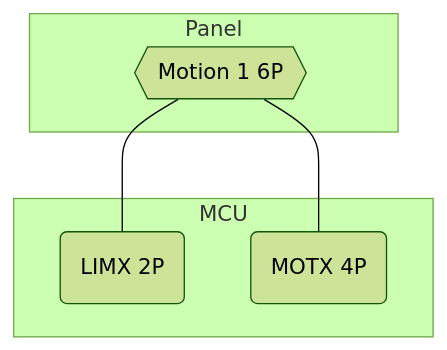
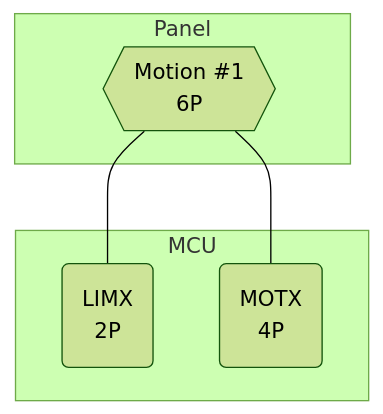
The first of 4 diagrams in docs/wiring/multi2.md (jon-harper/clockmaker-project), drawn with Mermaid (forest theme) before and after one commit. The commit also changed other lines of this file, not shown here.

````diff
--- a/docs/wiring/multi2.md
+++ b/docs/wiring/multi2.md
@@ -30,12 +30,12 @@
 ```mermaid
 flowchart BT
     subgraph Panel
-        X{{"Motion 1 6P"}}
+        X{{"Motion #1\n6P"}}
     end
     subgraph MCU
-        LIMX("LIMX 2P")
-        MOTX("MOTX 4P")
+        LIMX("LIMX\n2P")
+        MOTX("MOTX\n4P")
     end
     LIMX --- X
     MOTX --- X
 ```
````
